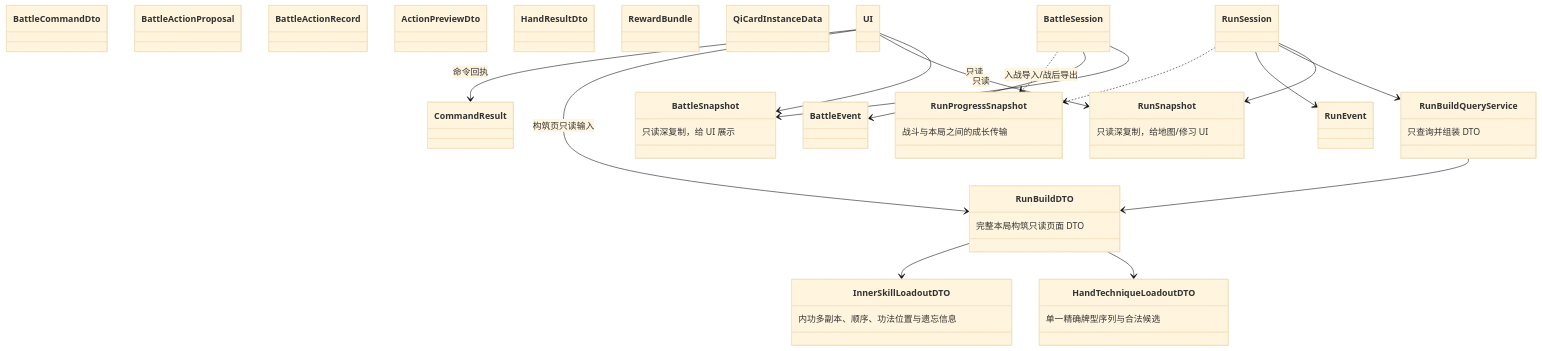
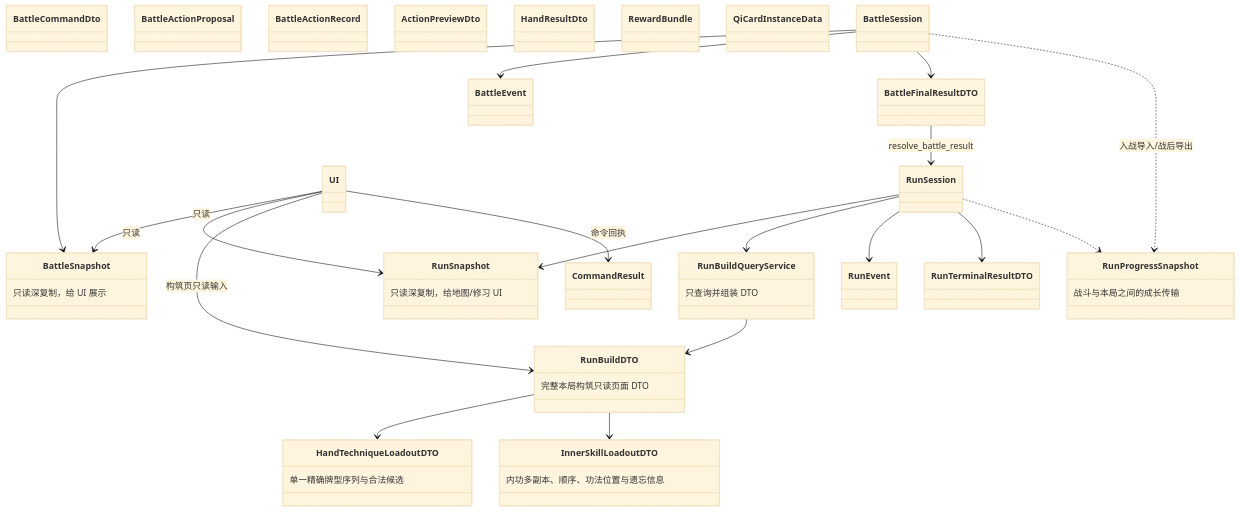
One commit to duguyumei/games changed the fifth of 13 diagrams in combo_duel_vslice/docs/architecture-diagrams.md. Above: the diagram before and after it, drawn with Mermaid (base theme). The commit also changed other lines of this file and 15 other files, not shown here.

````diff
--- a/combo_duel_vslice/docs/architecture-diagrams.md
+++ b/combo_duel_vslice/docs/architecture-diagrams.md
@@ -226,49 +226,54 @@
 ```mermaid
 classDiagram
     class BattleSnapshot {
         只读深复制，给 UI 展示
     }
     class RunSnapshot {
         只读深复制，给地图/修习 UI
     }
     class RunProgressSnapshot {
         战斗与本局之间的成长传输
     }
     class RunBuildDTO {
         完整本局构筑只读页面 DTO
     }
     class HandTechniqueLoadoutDTO {
         单一精确牌型序列与合法候选
     }
     class InnerSkillLoadoutDTO {
         内功多副本、顺序、功法位置与遗忘信息
     }
     class RunBuildQueryService {
         只查询并组装 DTO
     }
     class BattleEvent
     class RunEvent
     class CommandResult
     class BattleCommandDto
     class BattleActionProposal
     class BattleActionRecord
     class ActionPreviewDto
     class HandResultDto
     class RewardBundle
     class QiCardInstanceData
+    class BattleFinalResultDTO
+    class RunTerminalResultDTO
 
     BattleSession --> BattleSnapshot
     BattleSession --> BattleEvent
+    BattleSession --> BattleFinalResultDTO
     RunSession --> RunSnapshot
     RunSession --> RunBuildQueryService
     RunBuildQueryService --> RunBuildDTO
     RunBuildDTO --> HandTechniqueLoadoutDTO
     RunBuildDTO --> InnerSkillLoadoutDTO
     RunSession --> RunEvent
+    RunSession --> RunTerminalResultDTO
+    BattleFinalResultDTO --> RunSession : resolve_battle_result
     BattleSession ..> RunProgressSnapshot : 入战导入/战后导出
     RunSession ..> RunProgressSnapshot
     UI --> BattleSnapshot : 只读
     UI --> RunSnapshot : 只读
     UI --> RunBuildDTO : 构筑页只读输入
     UI --> CommandResult : 命令回执
 ```
````
